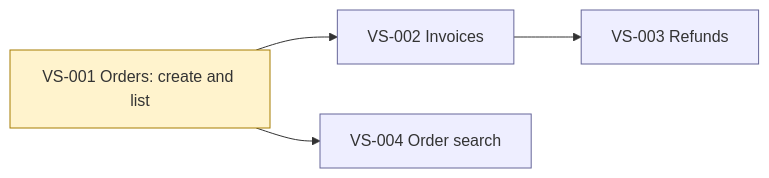
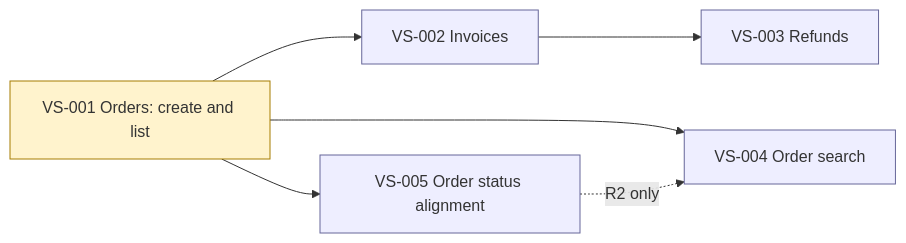
Before and after one commit to sergiosaraiva/quorum-agentic-framework: the diagram in docs/slices/INDEX.md, drawn with Mermaid. The commit also changed other lines of this file and 15 other files, not shown here.

````diff
--- a/docs/slices/INDEX.md
+++ b/docs/slices/INDEX.md
@@ -20,10 +21,12 @@
 ```mermaid
 graph LR
   VS001["VS-001 Orders: create and list"] --> VS002["VS-002 Invoices"]
   VS002 --> VS003["VS-003 Refunds"]
   VS001 --> VS004["VS-004 Order search"]
+  VS001 --> VS005["VS-005 Order status alignment"]
+  VS005 -. R2 only .-> VS004
   classDef inprogress fill:#fff3cd,stroke:#a67c00;
   classDef proposed fill:#eef,stroke:#669;
   class VS001 inprogress;
-  class VS002,VS003,VS004 proposed;
+  class VS002,VS003,VS004,VS005 proposed;
 ```
````
